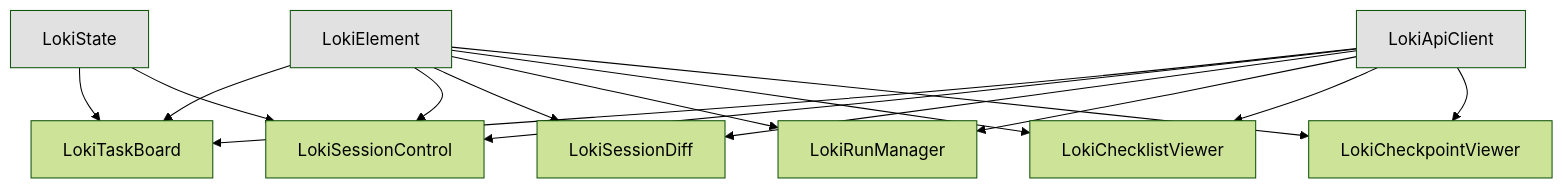
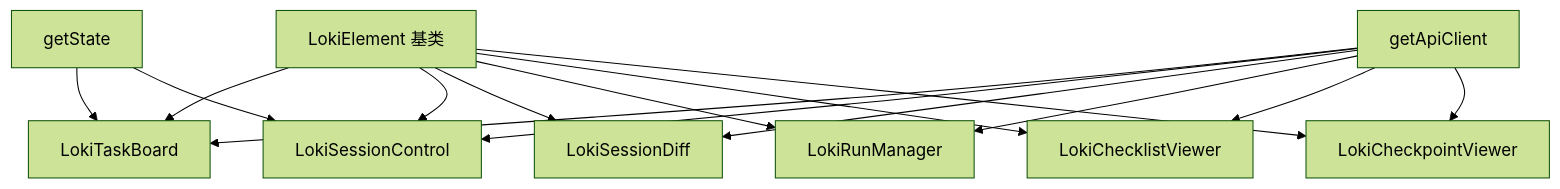
The first of 2 diagrams in public/loki-mode-docs/Task and Session Management Components.md (nerdneilsfield/code-wiki-pages), drawn with Mermaid (forest theme) before and after one commit. The commit also changed other lines of this file and 399 other files, not shown here.

````diff
--- a/public/loki-mode-docs/Task and Session Management Components.md
+++ b/public/loki-mode-docs/Task and Session Management Components.md
@@ -13,23 +26,19 @@
 ```mermaid
-graph TB
-    A[LokiElement] --> B[LokiTaskBoard]
+graph TD
+    A[LokiElement 基类] --> B[LokiTaskBoard]
     A --> C[LokiSessionControl]
     A --> D[LokiSessionDiff]
     A --> E[LokiRunManager]
     A --> F[LokiChecklistViewer]
     A --> G[LokiCheckpointViewer]
-    
-    H[LokiApiClient] --> B
+
+    H[getApiClient] --> B
     H --> C
     H --> D
     H --> E
     H --> F
     H --> G
-    
-    I[LokiState] --> B
+
+    I[getState] --> B
     I --> C
-    
-    style A fill:#e1e1e1
-    style H fill:#e1e1e1
-    style I fill:#e1e1e1
 ```
````
